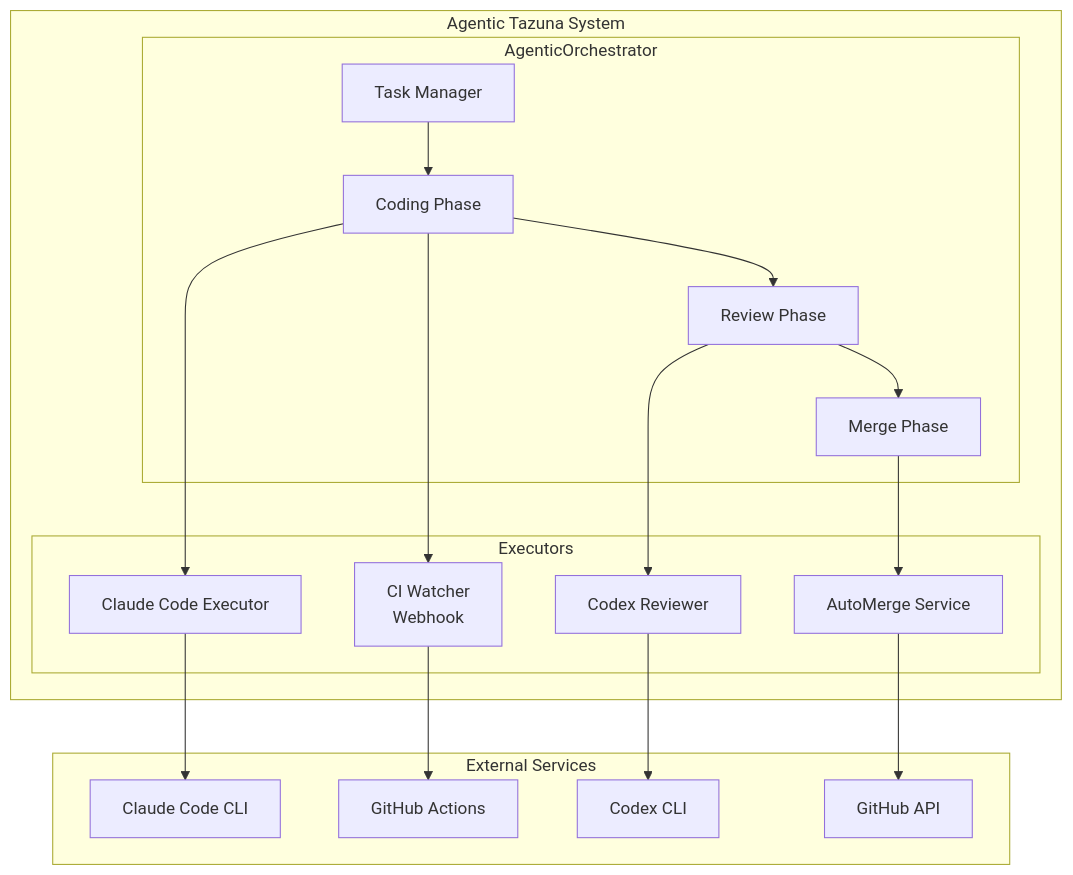
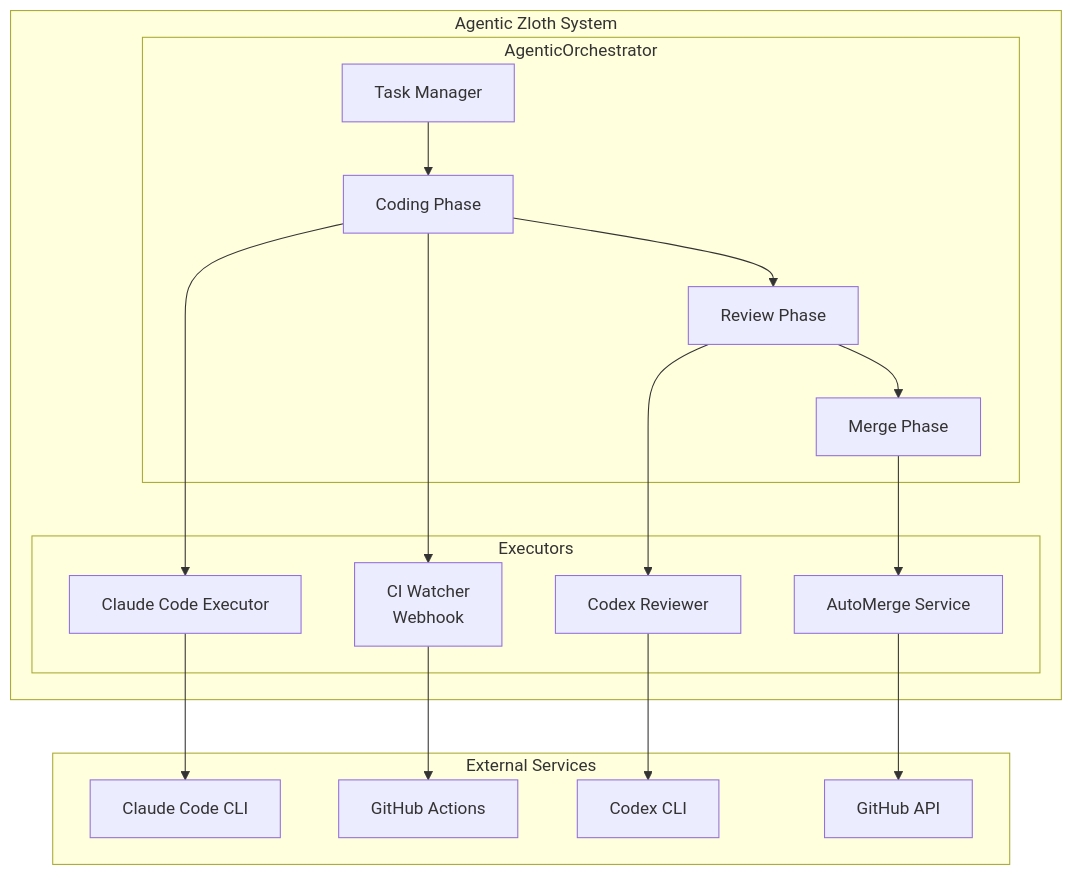
One commit to hampen2929/zloth changed the third of 7 diagrams in docs/agentic-dursor.md. Above: the diagram before and after it, drawn with Mermaid. The commit also changed other lines of this file and 175 other files, not shown here.

````diff
--- a/docs/agentic-dursor.md
+++ b/docs/agentic-dursor.md
@@ -104,34 +104,34 @@
 ```mermaid
 flowchart TB
-    subgraph System["Agentic Tazuna System"]
+    subgraph System["Agentic Zloth System"]
         subgraph Orchestrator["AgenticOrchestrator"]
             TM[Task Manager] --> CP[Coding Phase]
             CP --> RP[Review Phase]
             RP --> MP[Merge Phase]
         end
 
         subgraph Executors["Executors"]
             CCE[Claude Code Executor]
             CIW[CI Watcher<br/>Webhook]
             CR[Codex Reviewer]
             AMS[AutoMerge Service]
         end
 
         CP --> CCE
         CP --> CIW
         RP --> CR
         MP --> AMS
     end
 
     subgraph External["External Services"]
         CLI1[Claude Code CLI]
         GHA[GitHub Actions]
         CLI2[Codex CLI]
         GHAPI[GitHub API]
     end
 
     CCE --> CLI1
     CIW --> GHA
     CR --> CLI2
     AMS --> GHAPI
 ```
````
